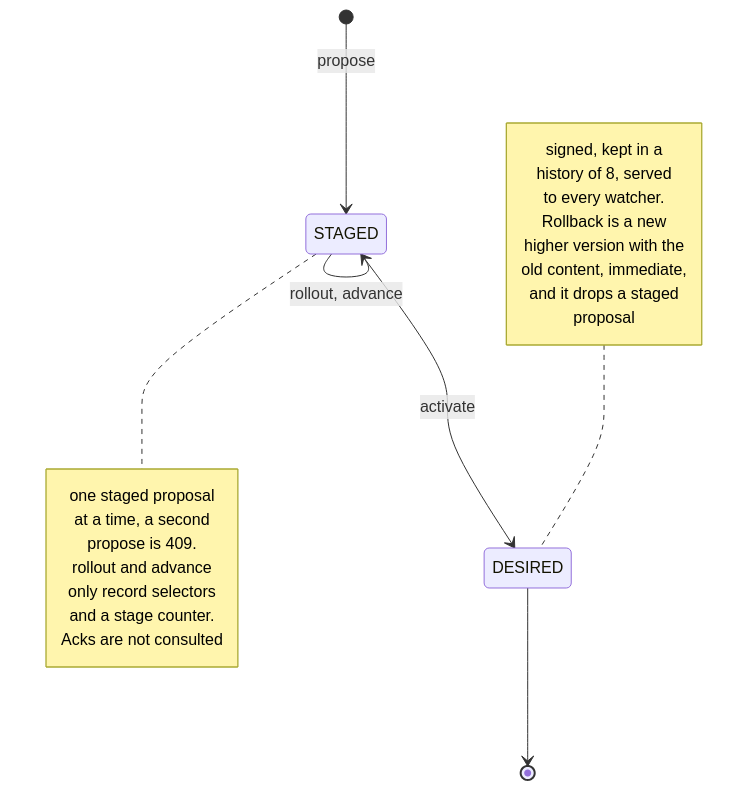
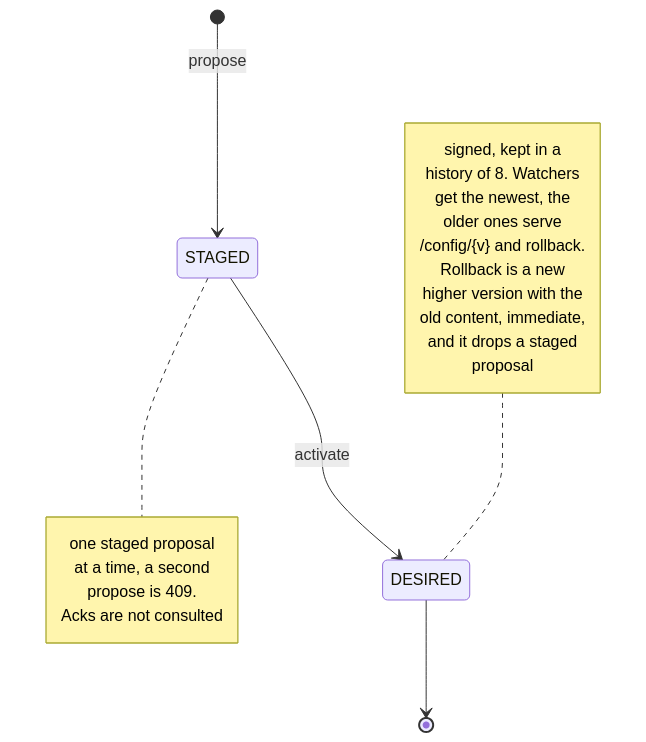
The fifth of 6 diagrams in docs/design/control-plane.md (BlivionIaG/sjws_nettask), drawn with Mermaid before and after one commit. The commit also changed other lines of this file and 19 other files, not shown here.

First line of the commit message:
docs: fix the diagrams the fact-check found imprecise

````diff
--- a/docs/design/control-plane.md
+++ b/docs/design/control-plane.md
@@ -502,26 +506,24 @@
 ```mermaid
 stateDiagram-v2
     [*] --> STAGED: propose
-    STAGED --> STAGED: rollout, advance
     STAGED --> DESIRED: activate
     DESIRED --> [*]
     note right of STAGED
         one staged proposal
         at a time, a second
         propose is 409.
-        rollout and advance
-        only record selectors
-        and a stage counter.
         Acks are not consulted
     end note
     note left of DESIRED
         signed, kept in a
-        history of 8, served
-        to every watcher.
+        history of 8. Watchers
+        get the newest, the
+        older ones serve
+        /config/{v} and rollback.
         Rollback is a new
         higher version with the
         old content, immediate,
         and it drops a staged
         proposal
     end note
 ```
````
